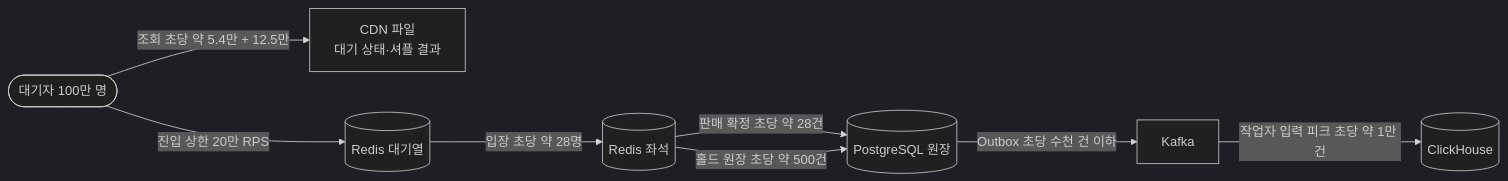
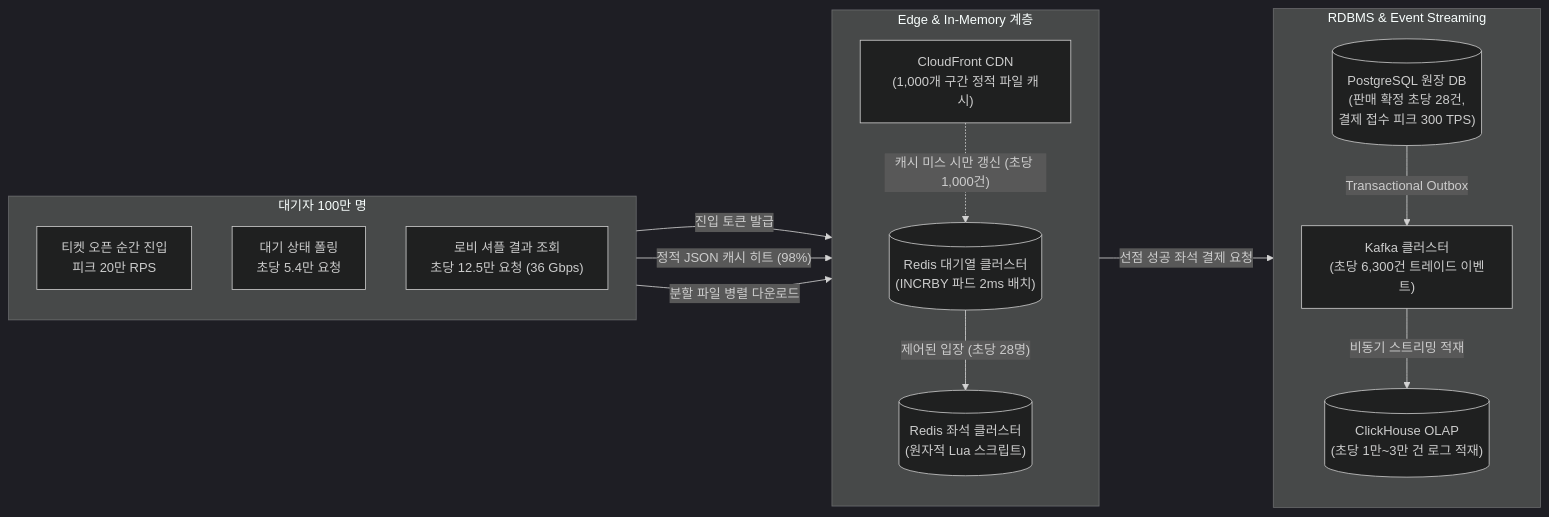
The second of 2 diagrams in docs/walkthrough/db/01-what-and-how-much.md (peaket/peaket), drawn with Mermaid (dark theme) before and after one commit. The commit also changed other lines of this file and 77 other files, not shown here.

````diff
--- a/docs/walkthrough/db/01-what-and-how-much.md
+++ b/docs/walkthrough/db/01-what-and-how-much.md
@@ -72,17 +81,33 @@
 ```mermaid
 flowchart LR
-    fan(["대기자 100만 명"])
-    cdn["CDN 파일<br/>대기 상태·셔플 결과"]
-    rq[("Redis 대기열")]
-    rs[("Redis 좌석")]
-    pg[("PostgreSQL 원장")]
-    kafka["Kafka"]
-    ch[("ClickHouse")]
-    fan -->|"조회 초당 약 5.4만 + 12.5만"| cdn
-    fan -->|"진입 상한 20만 RPS"| rq
-    rq -->|"입장 초당 약 28명"| rs
-    rs -->|"판매 확정 초당 약 28건"| pg
-    rs -->|"홀드 원장 초당 약 500건"| pg
-    pg -->|"Outbox 초당 수천 건 이하"| kafka
-    kafka -->|"작업자 입력 피크 초당 약 1만 건"| ch
+    subgraph Users["대기자 100만 명"]
+        direction TB
+        U1["티켓 오픈 순간 진입<br/>피크 20만 RPS"]
+        U2["대기 상태 폴링<br/>초당 5.4만 요청"]
+        U3["로비 셔플 결과 조회<br/>초당 12.5만 요청 (36 Gbps)"]
+    end
+
+    subgraph Edge["Edge & In-Memory 계층"]
+        direction TB
+        CDN["CloudFront CDN<br/>(1,000개 구간 정적 파일 캐시)"]
+        RQ[("Redis 대기열 클러스터<br/>(INCRBY 파드 2ms 배치)")]
+        RS[("Redis 좌석 클러스터<br/>(원자적 Lua 스크립트)")]
+    end
+
+    subgraph Core["RDBMS & Event Streaming"]
+        direction TB
+        PG[("PostgreSQL 원장 DB<br/>(판매 확정 초당 28건,<br/>결제 접수 피크 300 TPS)")]
+        KF["Kafka 클러스터<br/>(초당 6,300건 트레이드 이벤트)"]
+        CH[("ClickHouse OLAP<br/>(초당 1만~3만 건 로그 적재)")]
+    end
+
+    U1 -->|"진입 토큰 발급"| RQ
+    U2 -->|"정적 JSON 캐시 히트 (98%)"| CDN
+    U3 -->|"분할 파일 병렬 다운로드"| CDN
+    CDN -.->|"캐시 미스 시만 갱신 (초당 1,000건)"| RQ
+
+    RQ -->|"제어된 입장 (초당 28명)"| RS
+    RS -->|"선점 성공 좌석 결제 요청"| PG
+    PG -->|"Transactional Outbox"| KF
+    KF -->|"비동기 스트리밍 적재"| CH
 ```
````
